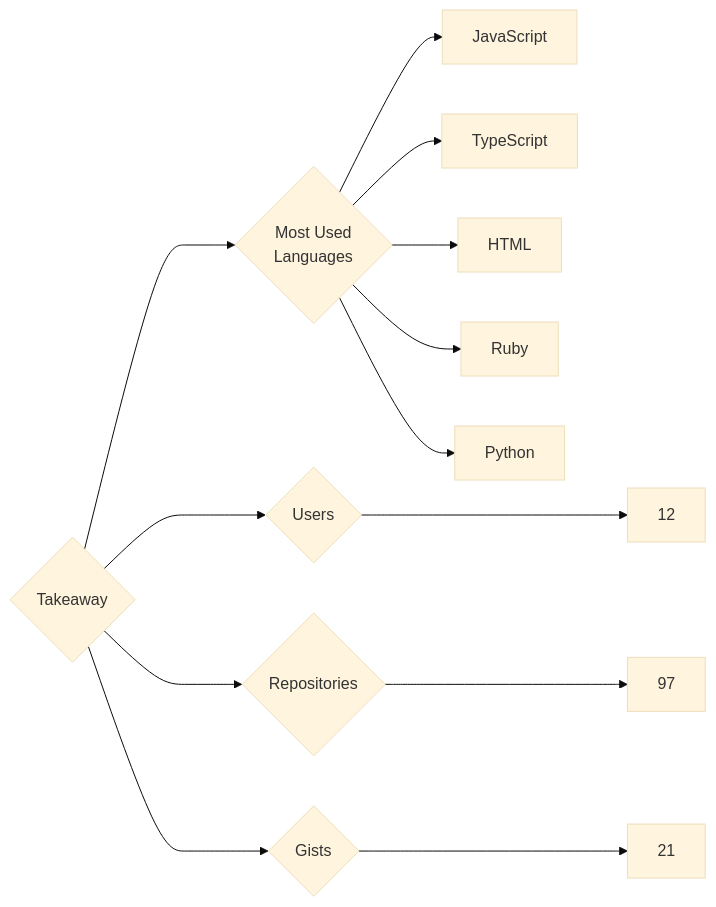
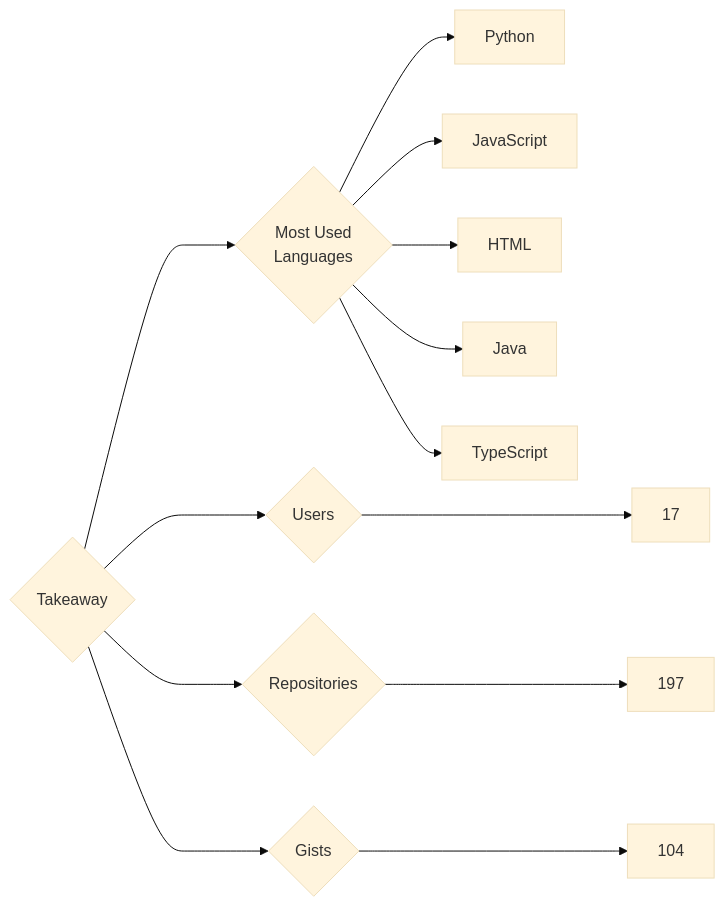
The diagram in targets/Takeaway/README.md (trickest/insiders), drawn with Mermaid (base theme) before and after one commit. The commit also changed 969 other files, not shown here.

````diff
--- a/targets/Takeaway/README.md
+++ b/targets/Takeaway/README.md
@@ -3,13 +3,13 @@
 ```mermaid
 graph LR
 COMPANY_NAME{Takeaway}
-COMPANY_NAME ---> U{Users} ---> UN[12]
-COMPANY_NAME ---> R{Repositories} ---> RN[97]
-COMPANY_NAME ---> G{Gists} ---> GN[21]
+COMPANY_NAME ---> U{Users} ---> UN[17]
+COMPANY_NAME ---> R{Repositories} ---> RN[197]
+COMPANY_NAME ---> G{Gists} ---> GN[104]
 COMPANY_NAME ---> ML{Most Used<br>Languages}
+ML --> Python[Python]
 ML --> JavaScript[JavaScript]
+ML --> HTML[HTML]
+ML --> Java[Java]
 ML --> TypeScript[TypeScript]
-ML --> HTML[HTML]
-ML --> Ruby[Ruby]
-ML --> Python[Python]
 ```
````
